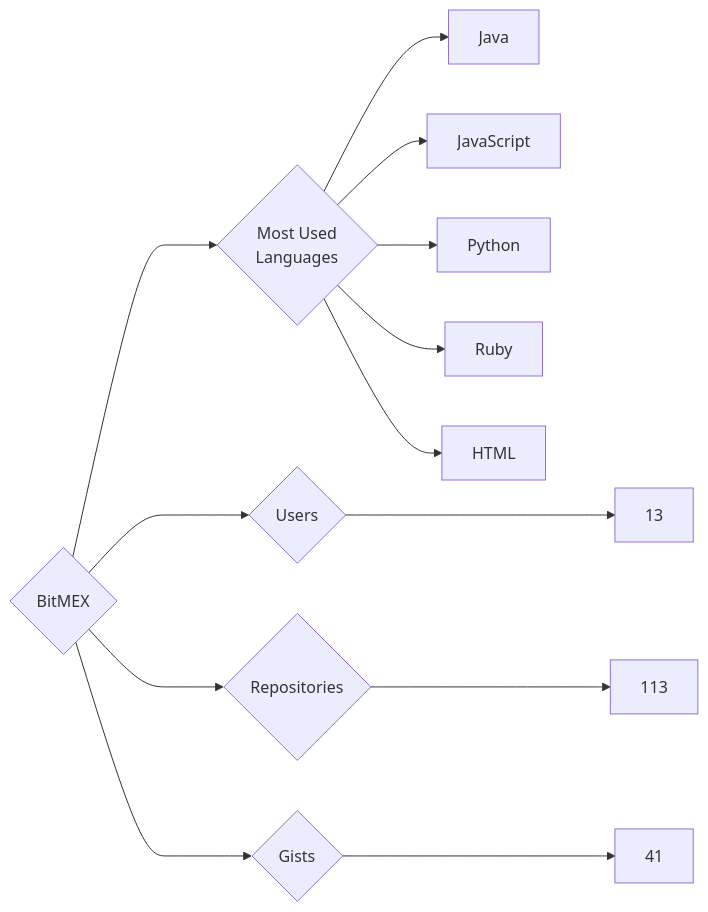
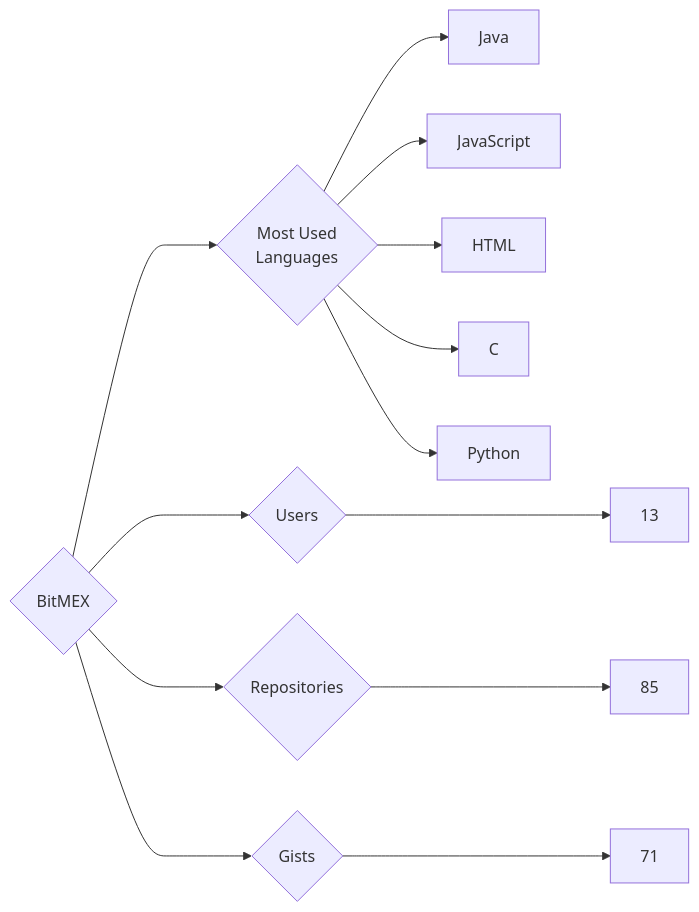
The diagram in targets/BitMEX/README.md (trickest/insiders), drawn with Mermaid before and after one commit. The commit also changed 1007 other files, not shown here.

````diff
--- a/targets/BitMEX/README.md
+++ b/targets/BitMEX/README.md
@@ -3,13 +3,13 @@
 ```mermaid
 graph LR
 COMPANY_NAME{BitMEX}
 COMPANY_NAME ---> U{Users} ---> UN[13]
-COMPANY_NAME ---> R{Repositories} ---> RN[113]
-COMPANY_NAME ---> G{Gists} ---> GN[41]
+COMPANY_NAME ---> R{Repositories} ---> RN[85]
+COMPANY_NAME ---> G{Gists} ---> GN[71]
 COMPANY_NAME ---> ML{Most Used<br>Languages}
 ML --> Java[Java]
 ML --> JavaScript[JavaScript]
+ML --> HTML[HTML]
+ML --> C[C]
 ML --> Python[Python]
-ML --> Ruby[Ruby]
-ML --> HTML[HTML]
 ```
````
